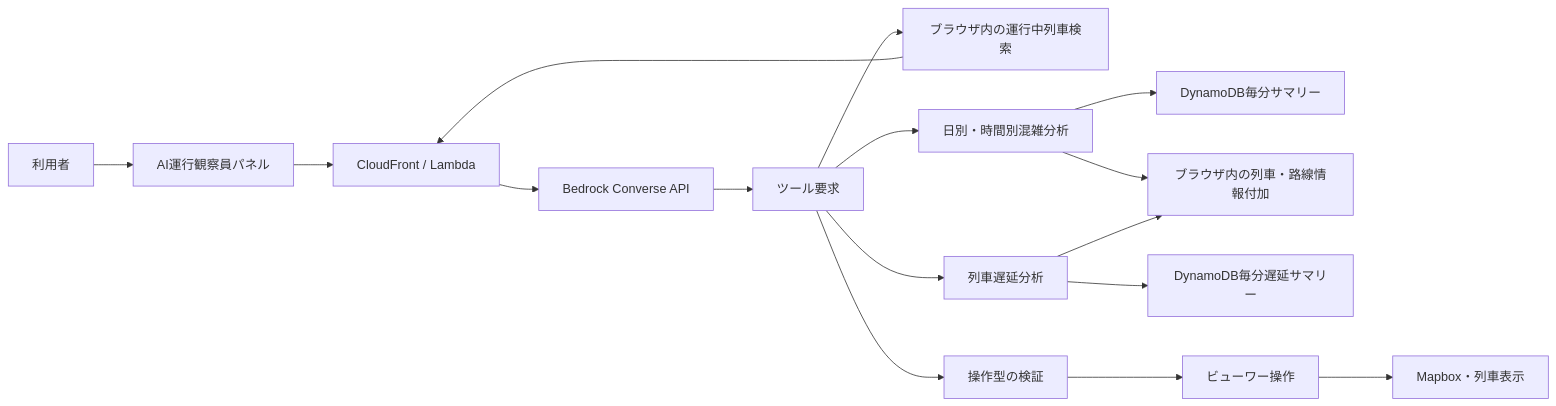
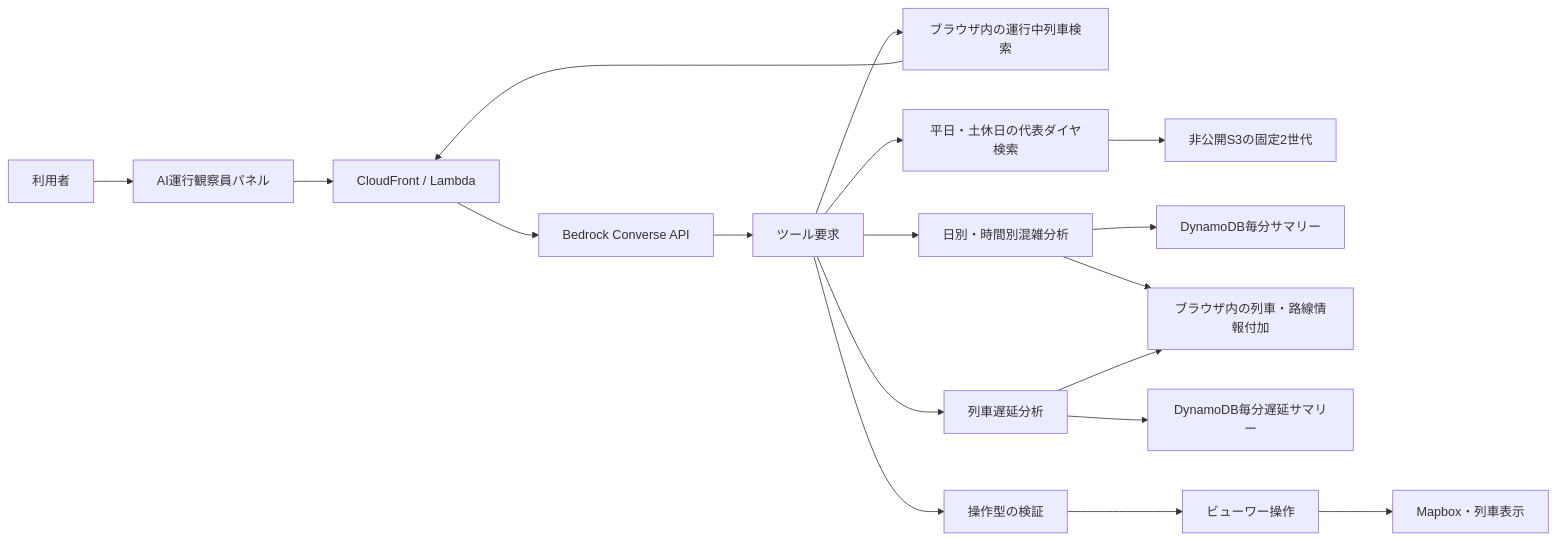
One commit to ymho/transitforge changed the diagram in docs/architecture/ai-operations-guide.md. Above: the diagram before and after it, drawn with Mermaid. The commit also changed other lines of this file and 21 other files, not shown here.

````diff
--- a/docs/architecture/ai-operations-guide.md
+++ b/docs/architecture/ai-operations-guide.md
@@ -19,18 +20,20 @@
 ```mermaid
 flowchart LR
   U[利用者] --> P[AI運行観察員パネル]
   P --> A[CloudFront / Lambda]
   A --> B[Bedrock Converse API]
   B --> T[ツール要求]
   T --> S[ブラウザ内の運行中列車検索]
+  T --> R[平日・土休日の代表ダイヤ検索]
+  R --> RS[非公開S3の固定2世代]
   T --> H[日別・時間別混雑分析]
   H --> D[DynamoDB毎分サマリー]
   H --> E[ブラウザ内の列車・路線情報付加]
   T --> L[列車遅延分析]
   L --> DD[DynamoDB毎分遅延サマリー]
   L --> E
   T --> V[操作型の検証]
   V --> C[ビューワー操作]
   C --> M[Mapbox・列車表示]
   S --> A
 ```
````
